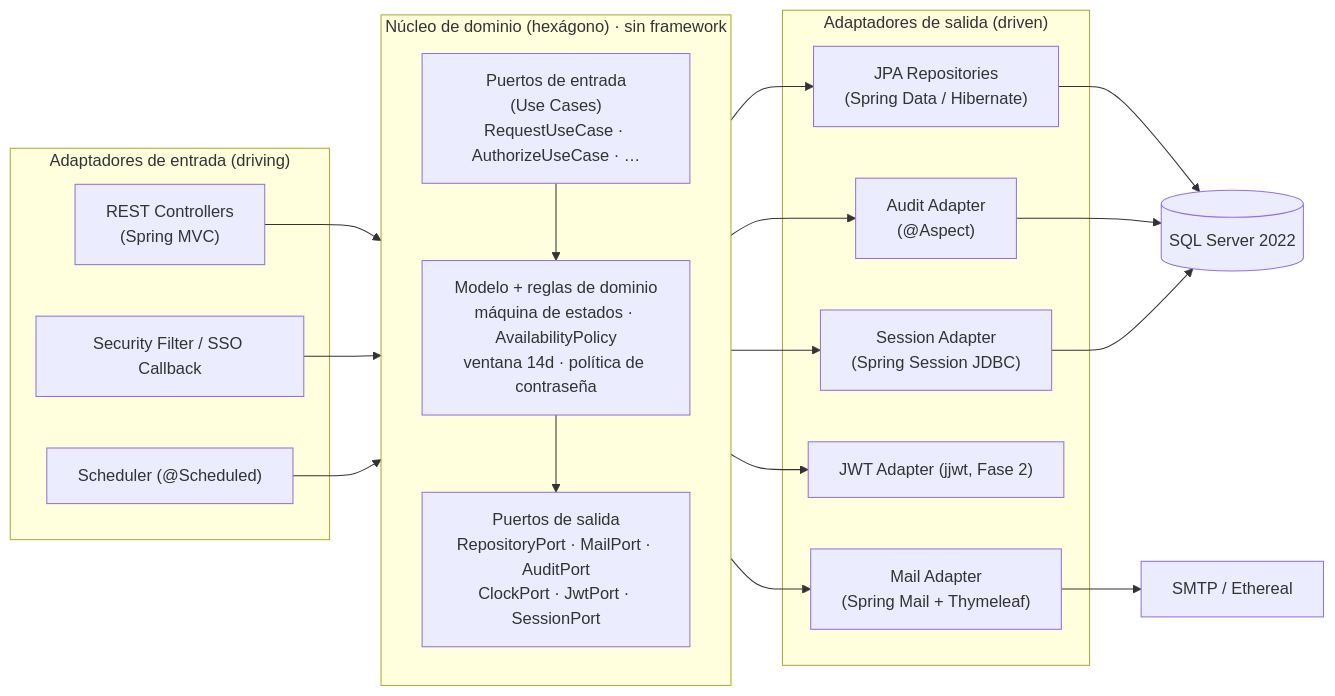
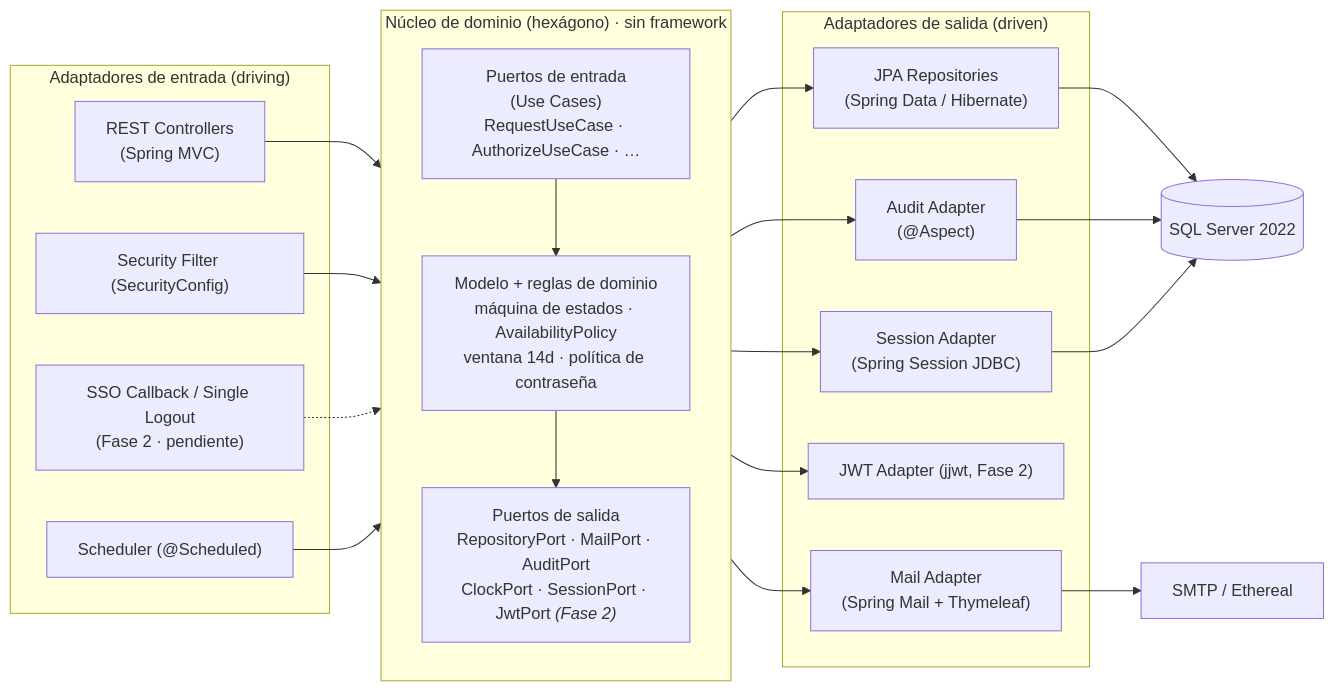
Before and after one commit to lcasadov/parking: the first of 9 diagrams in docs/architecture.md, drawn with Mermaid. The commit also changed other lines of this file and 12 other files, not shown here.

````diff
--- a/docs/architecture.md
+++ b/docs/architecture.md
@@ -96,36 +96,38 @@
 ```mermaid
 flowchart LR
     subgraph driving["Adaptadores de entrada (driving)"]
         rest["REST Controllers<br/>(Spring MVC)"]
-        sec["Security Filter / SSO Callback"]
+        sec["Security Filter (SecurityConfig)"]
+        sso["SSO Callback / Single Logout<br/>(Fase 2 · pendiente)"]
         sched["Scheduler (@Scheduled)"]
     end
 
     subgraph hex["Núcleo de dominio (hexágono) · sin framework"]
         direction TB
         inports["Puertos de entrada<br/>(Use Cases)<br/>RequestUseCase · AuthorizeUseCase · …"]
         domain["Modelo + reglas de dominio<br/>máquina de estados · AvailabilityPolicy<br/>ventana 14d · política de contraseña"]
-        outports["Puertos de salida<br/>RepositoryPort · MailPort · AuditPort<br/>ClockPort · JwtPort · SessionPort"]
+        outports["Puertos de salida<br/>RepositoryPort · MailPort · AuditPort<br/>ClockPort · SessionPort · JwtPort <i>(Fase 2)</i>"]
         inports --> domain --> outports
     end
 
     subgraph driven["Adaptadores de salida (driven)"]
         jpa["JPA Repositories<br/>(Spring Data / Hibernate)"]
         mail["Mail Adapter<br/>(Spring Mail + Thymeleaf)"]
         audit["Audit Adapter<br/>(@Aspect)"]
         jwt["JWT Adapter (jjwt, Fase 2)"]
         session["Session Adapter<br/>(Spring Session JDBC)"]
     end
 
     db[("SQL Server 2022")]
     smtp["SMTP / Ethereal"]
 
     rest --> inports
     sec --> inports
+    sso -.-> inports
     sched --> inports
     outports --> jpa --> db
     outports --> mail --> smtp
     outports --> audit --> db
     outports --> jwt
     outports --> session --> db
 ```
````
